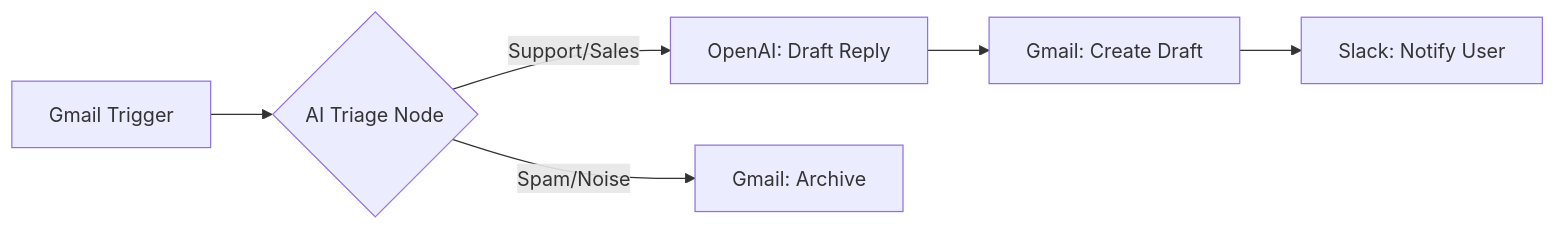
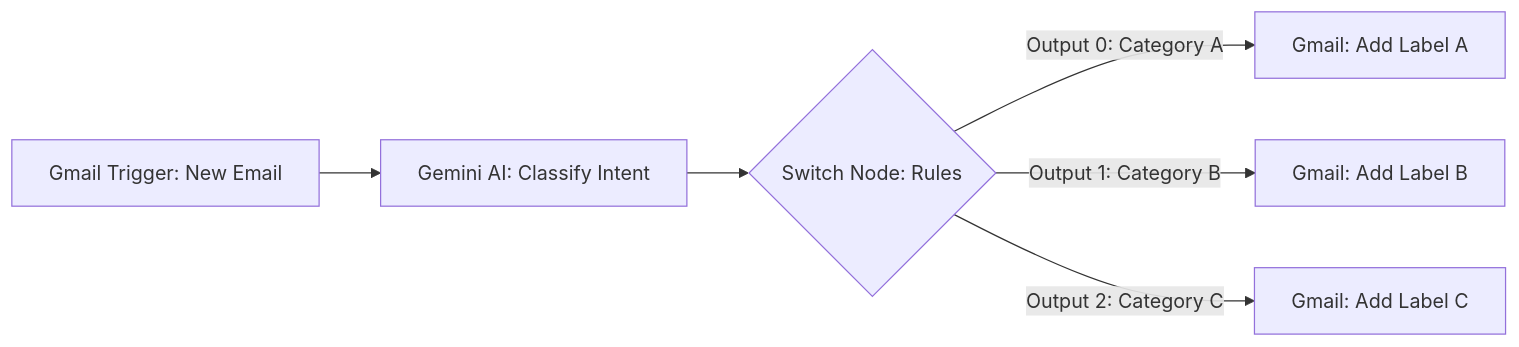
Before and after one commit to ahmedkhier/n8n-email-triage-ai: the diagram in README.md, drawn with Mermaid. The commit also changed other lines of this file, not shown here.

````diff
--- a/README.md
+++ b/README.md
@@ -7,8 +9,8 @@
 ```mermaid
 flowchart LR
-  A[Gmail Trigger] --> B{AI Triage Node}
-  B -- Support/Sales --> C[OpenAI: Draft Reply]
-  B -- Spam/Noise --> D[Gmail: Archive]
-  C --> E[Gmail: Create Draft]
-  E --> F[Slack: Notify User]
+    A[Gmail Trigger: New Email] --> B[Gemini AI: Classify Intent]
+    B --> C{Switch Node: Rules}
+    C -->|Output 0: Category A| D[Gmail: Add Label A]
+    C -->|Output 1: Category B| E[Gmail: Add Label B]
+    C -->|Output 2: Category C| F[Gmail: Add Label C]
 ```
````
